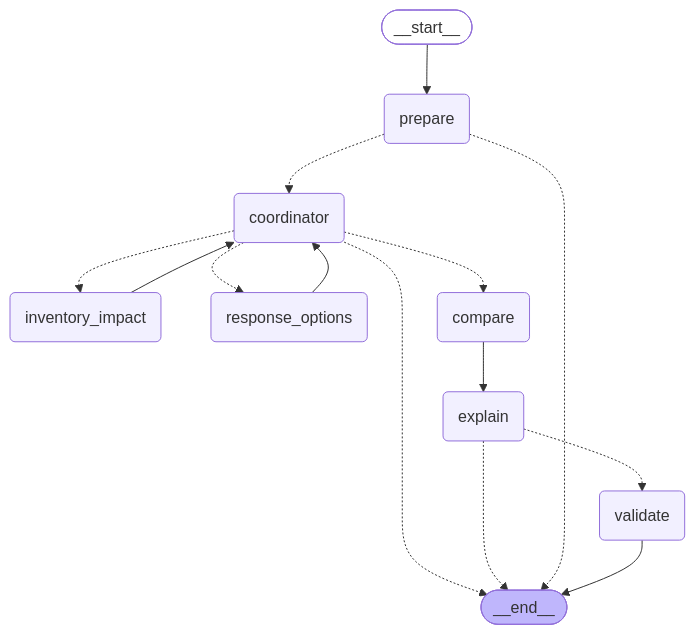
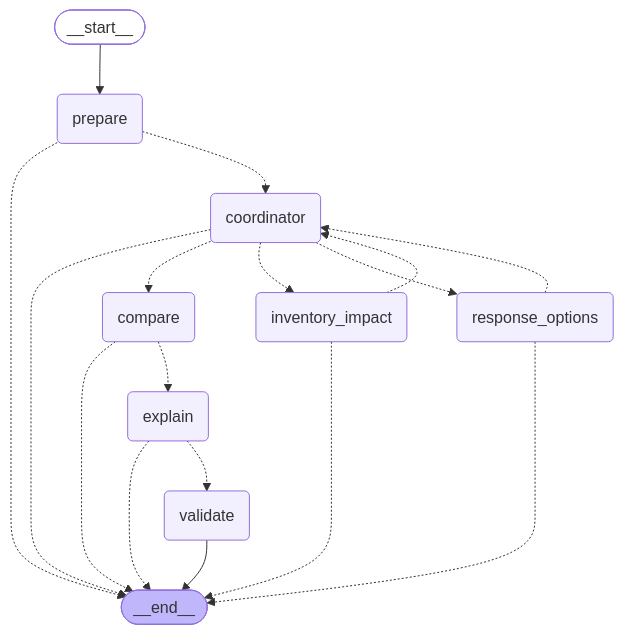
Before and after one commit to K-GlowShip/glowship-server: the second of 3 diagrams in docs/agent-flow/delay-analysis-graph.md, drawn with Mermaid. The commit also changed other lines of this file and 18 other files, not shown here.

````diff
--- a/docs/agent-flow/delay-analysis-graph.md
+++ b/docs/agent-flow/delay-analysis-graph.md
@@ -47,28 +57,31 @@
 ```mermaid
 graph TD;
 	__start__([<p>__start__</p>]):::first
 	prepare(prepare)
 	coordinator(coordinator)
 	inventory_impact(inventory_impact)
 	response_options(response_options)
 	compare(compare)
 	explain(explain)
 	validate(validate)
 	__end__([<p>__end__</p>]):::last
 	__start__ --> prepare;
-	compare --> explain;
+	compare -.-> __end__;
+	compare -.-> explain;
 	coordinator -.-> __end__;
 	coordinator -.-> compare;
 	coordinator -.-> inventory_impact;
 	coordinator -.-> response_options;
 	explain -.-> __end__;
 	explain -.-> validate;
-	inventory_impact --> coordinator;
+	inventory_impact -.-> __end__;
+	inventory_impact -.-> coordinator;
 	prepare -.-> __end__;
 	prepare -.-> coordinator;
-	response_options --> coordinator;
+	response_options -.-> __end__;
+	response_options -.-> coordinator;
 	validate --> __end__;
 	classDef default fill:#f2f0ff,line-height:1.2
 	classDef first fill-opacity:0
 	classDef last fill:#bfb6fc
 ```
````
